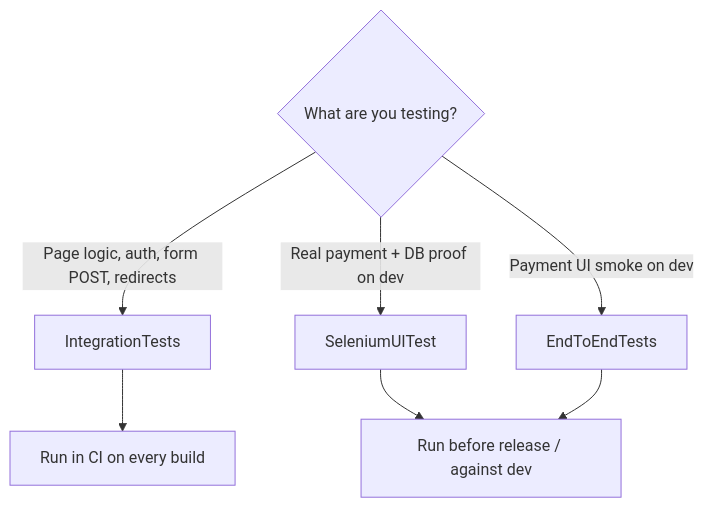
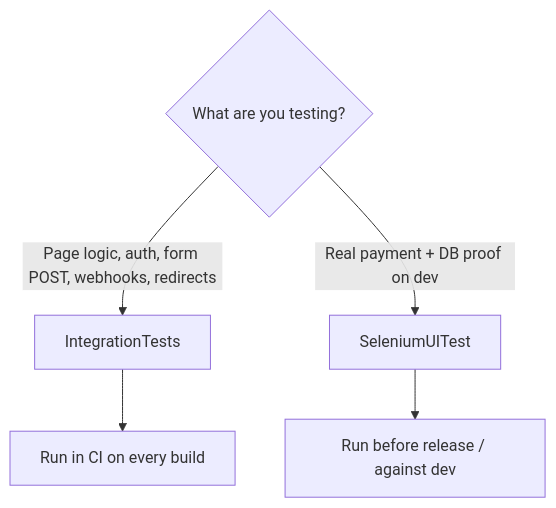
One commit to banco-alimentar/alimentestaideia.pt changed the second of 2 diagrams in TESTS.md. Above: the diagram before and after it, drawn with Mermaid. The commit also changed other lines of this file and 16 other files, not shown here.

````diff
--- a/TESTS.md
+++ b/TESTS.md
@@ -106,11 +93,9 @@
 ```mermaid
 flowchart TD
     Q{What are you testing?}
-    Q -->|Page logic, auth, form POST, redirects| I[IntegrationTests]
+    Q -->|Page logic, auth, form POST, webhooks, redirects| I[IntegrationTests]
     Q -->|Real payment + DB proof on dev| S[SeleniumUITest]
-    Q -->|Payment UI smoke on dev| E[EndToEndTests]
 
     I --> CI[Run in CI on every build]
     S --> Manual[Run before release / against dev]
-    E --> Manual
 ```
````
